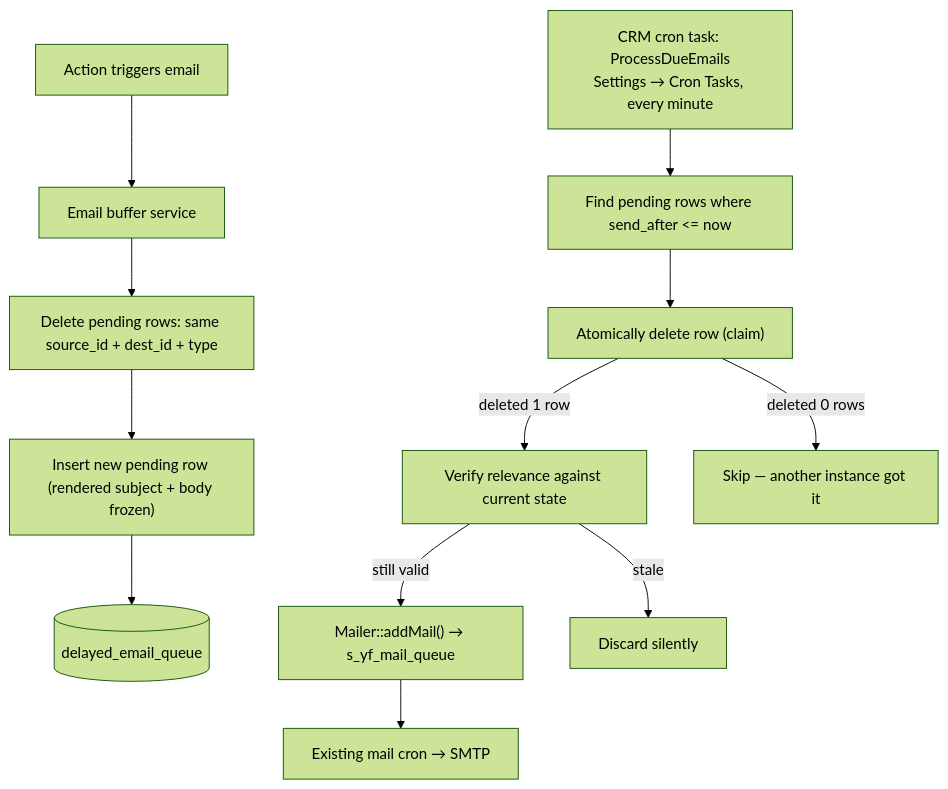
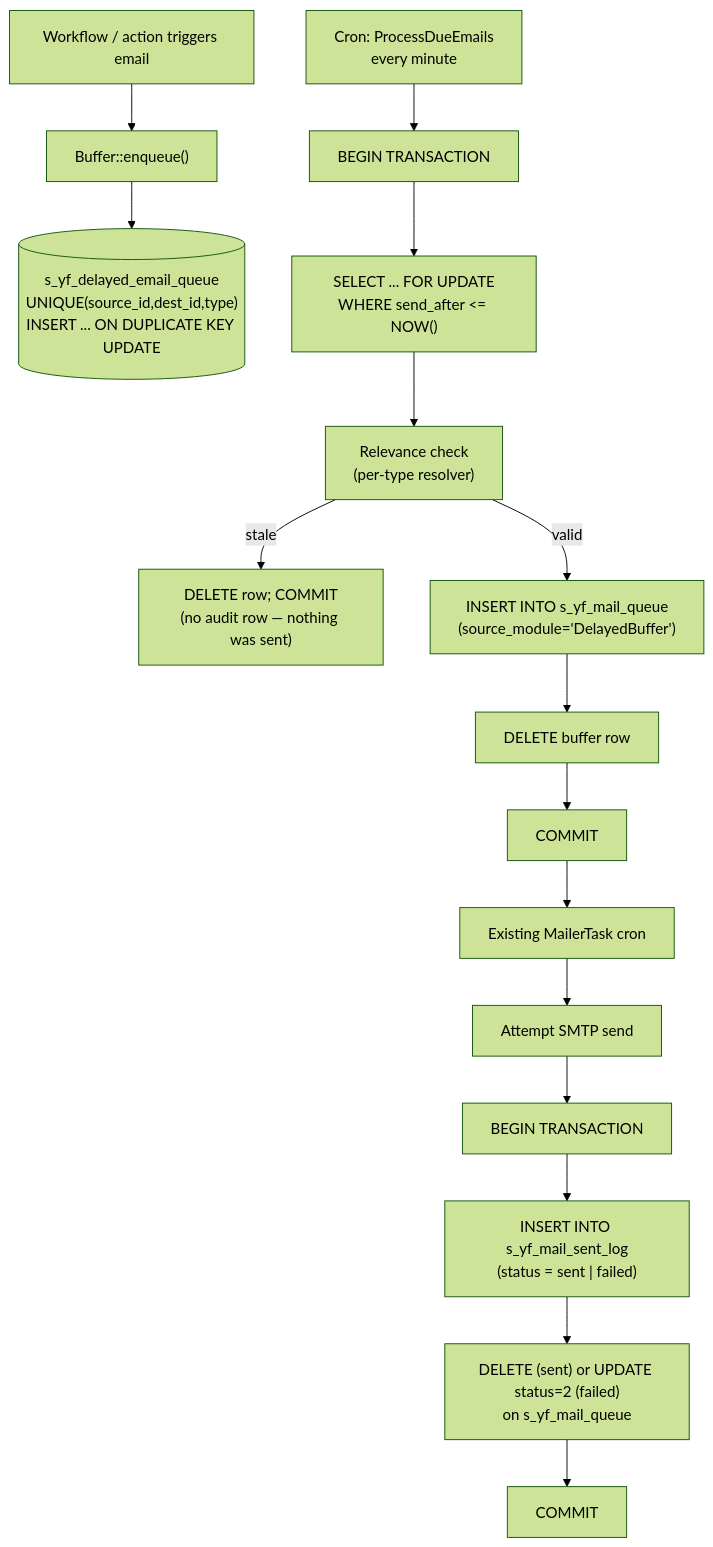
Before and after one commit to bmankowski/FreeCRM: the diagram in mvp-email-buffer.md, drawn with Mermaid (forest theme). The commit also changed other lines of this file and 1 other file, not shown here.

First line of the commit message:
refactor: Revise MVP design for Delayed and Cancellable Emails with enhanced architecture and delivery audit

````diff
--- a/mvp-email-buffer.md
+++ b/mvp-email-buffer.md
@@ -51,15 +36,20 @@
 ```mermaid
 flowchart TD
-  event["Action triggers email"] --> buffer["Email buffer service"]
-  buffer --> delete["Delete pending rows: same source_id + dest_id + type"]
-  delete --> insert["Insert new pending row (rendered subject + body frozen)"]
-  insert --> queue[("delayed_email_queue")]
+  event["Workflow / action triggers email"] --> enqueue["Buffer::enqueue()"]
+  enqueue --> upsert[("s_yf_delayed_email_queue\nUNIQUE(source_id,dest_id,type)\nINSERT ... ON DUPLICATE KEY UPDATE")]
 
-  crontask["CRM cron task: ProcessDueEmails\nSettings → Cron Tasks, every minute"] --> due["Find pending rows where send_after <= now"]
-  due --> claim["Atomically delete row (claim)"]
-  claim -->|deleted 1 row| check["Verify relevance against current state"]
-  claim -->|deleted 0 rows| skip["Skip — another instance got it"]
-  check -->|still valid| promote["Mailer::addMail() → s_yf_mail_queue"]
-  check -->|stale| drop["Discard silently"]
-  promote --> mailcron["Existing mail cron → SMTP"]
+  crontask["Cron: ProcessDueEmails\nevery minute"] --> tx["BEGIN TRANSACTION"]
+  tx --> lock["SELECT ... FOR UPDATE\nWHERE send_after <= NOW()"]
+  lock --> rel["Relevance check\n(per-type resolver)"]
+  rel -->|stale| discard["DELETE row; COMMIT\n(no audit row — nothing was sent)"]
+  rel -->|valid| promote["INSERT INTO s_yf_mail_queue\n(source_module='DelayedBuffer')"]
+  promote --> del["DELETE buffer row"]
+  del --> commit["COMMIT"]
+
+  commit --> mailcron["Existing MailerTask cron"]
+  mailcron --> attempt["Attempt SMTP send"]
+  attempt --> audittx["BEGIN TRANSACTION"]
+  audittx --> auditrow["INSERT INTO s_yf_mail_sent_log\n(status = sent | failed)"]
+  auditrow --> queueupd["DELETE (sent) or UPDATE status=2 (failed)\non s_yf_mail_queue"]
+  queueupd --> auditcommit["COMMIT"]
 ```
````
